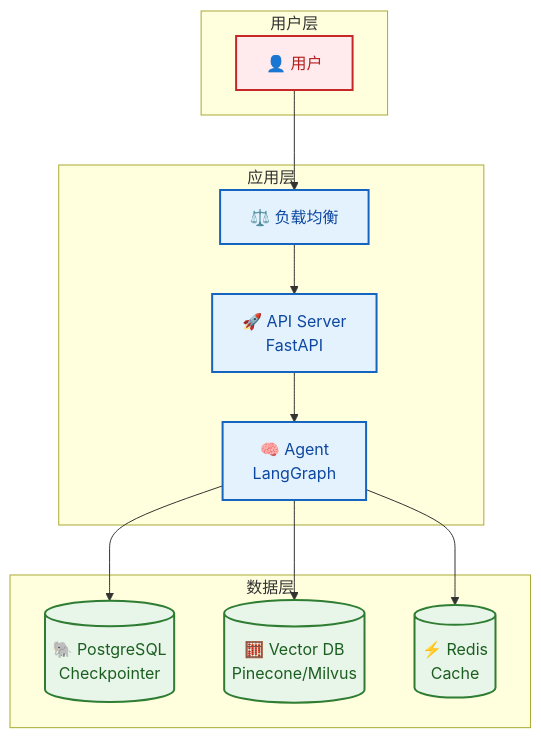
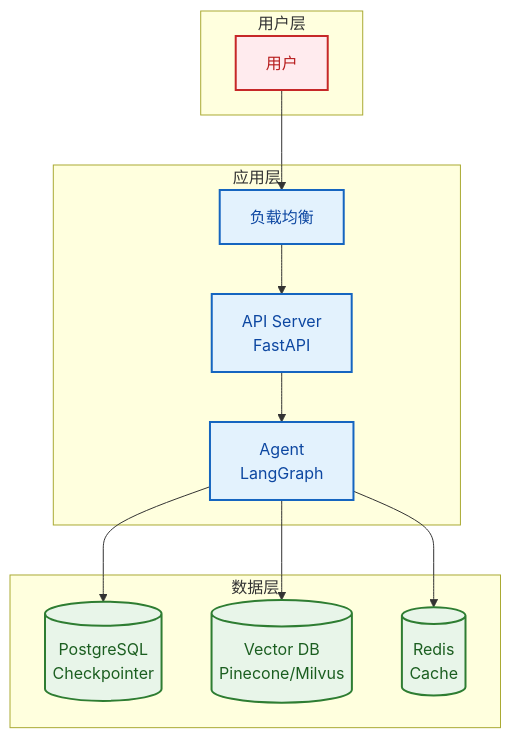
One commit to xt765/FinchBot changed the first of 2 diagrams in docs/zh-CN/deployment.md. Above: the diagram before and after it, drawn with Mermaid. The commit also changed other lines of this file and 18 other files, not shown here.

First line of the commit message:
docs: 简化架构图并删除所有mermaid图中的表情包

````diff
--- a/docs/zh-CN/deployment.md
+++ b/docs/zh-CN/deployment.md
@@ -117,28 +200,27 @@
 ```mermaid
 flowchart TB
-    %% 样式定义
     classDef userLayer fill:#ffebee,stroke:#c62828,stroke-width:2px,color:#b71c1c;
     classDef appLayer fill:#e3f2fd,stroke:#1565c0,stroke-width:2px,color:#0d47a1;
     classDef dataLayer fill:#e8f5e9,stroke:#2e7d32,stroke-width:2px,color:#1b5e20;
 
     subgraph Users [用户层]
-        U[👤 用户]:::userLayer
+        U[用户]:::userLayer
     end
 
     subgraph App [应用层]
-        LB[⚖️ 负载均衡]:::appLayer
-        API[🚀 API Server<br/>FastAPI]:::appLayer
-        Agent[🧠 Agent<br/>LangGraph]:::appLayer
+        LB[负载均衡]:::appLayer
+        API[API Server<br/>FastAPI]:::appLayer
+        Agent[Agent<br/>LangGraph]:::appLayer
     end
 
     subgraph Data [数据层]
-        PG[(🐘 PostgreSQL<br/>Checkpointer)]:::dataLayer
-        Vector[(🧮 Vector DB<br/>Pinecone/Milvus)]:::dataLayer
-        Redis[(⚡ Redis<br/>Cache)]:::dataLayer
+        PG[(PostgreSQL<br/>Checkpointer)]:::dataLayer
+        Vector[(Vector DB<br/>Pinecone/Milvus)]:::dataLayer
+        Redis[(Redis<br/>Cache)]:::dataLayer
     end
 
     U --> LB
     LB --> API
     API --> Agent
     Agent --> PG & Vector & Redis
 ```
````
